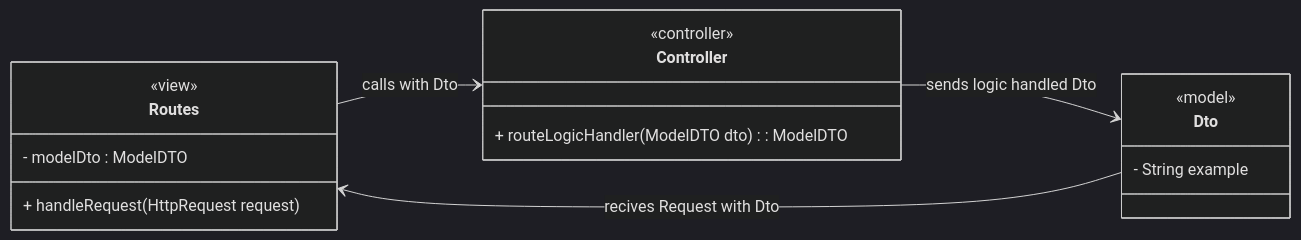
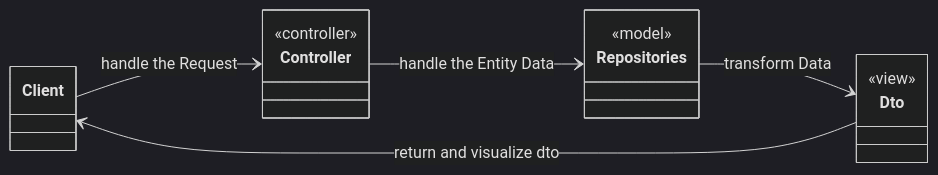
One commit to ketchapp-for-study/.github changed the second of 4 diagrams in profile/README.md. Above: the diagram before and after it, drawn with Mermaid (dark theme).

````diff
--- a/profile/README.md
+++ b/profile/README.md
@@ -181,24 +181,25 @@
 ```mermaid
 classDiagram
     direction LR
 
-    class Routes {
-        + handleRequest(HttpRequest request)
-        - modelDto : ModelDTO
+    class Client {
+	
+    }
+
+    class Dto {
         <<view>>
     }
 
     class Controller {
-        + routeLogicHandler(ModelDTO dto) : ModelDTO
         <<controller>>
     }
     
-    class Dto {
-	    - String example
-	    <<model>>
+    class Repositories {
+	<<model>>
     }
 
-		Dto --> Routes: recives Request with Dto
-    Routes --> Controller: calls with Dto
-    Controller --> Dto: sends logic handled Dto
+    Client --> Controller : handle the Request
+    Controller --> Repositories : handle the Entity Data
+    Repositories --> Dto : transform Data
+    Dto --> Client : return and visualize dto
 ```
````
